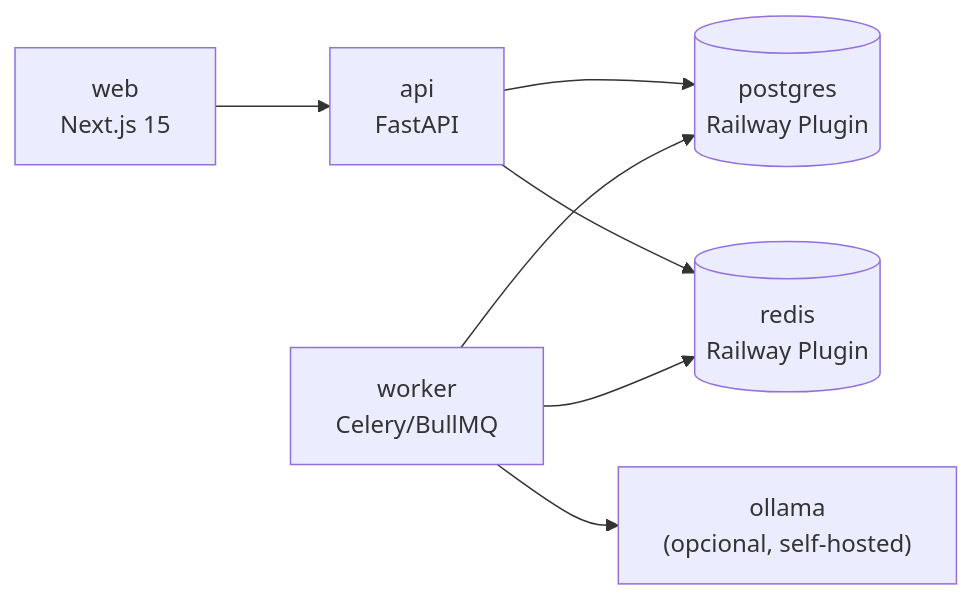
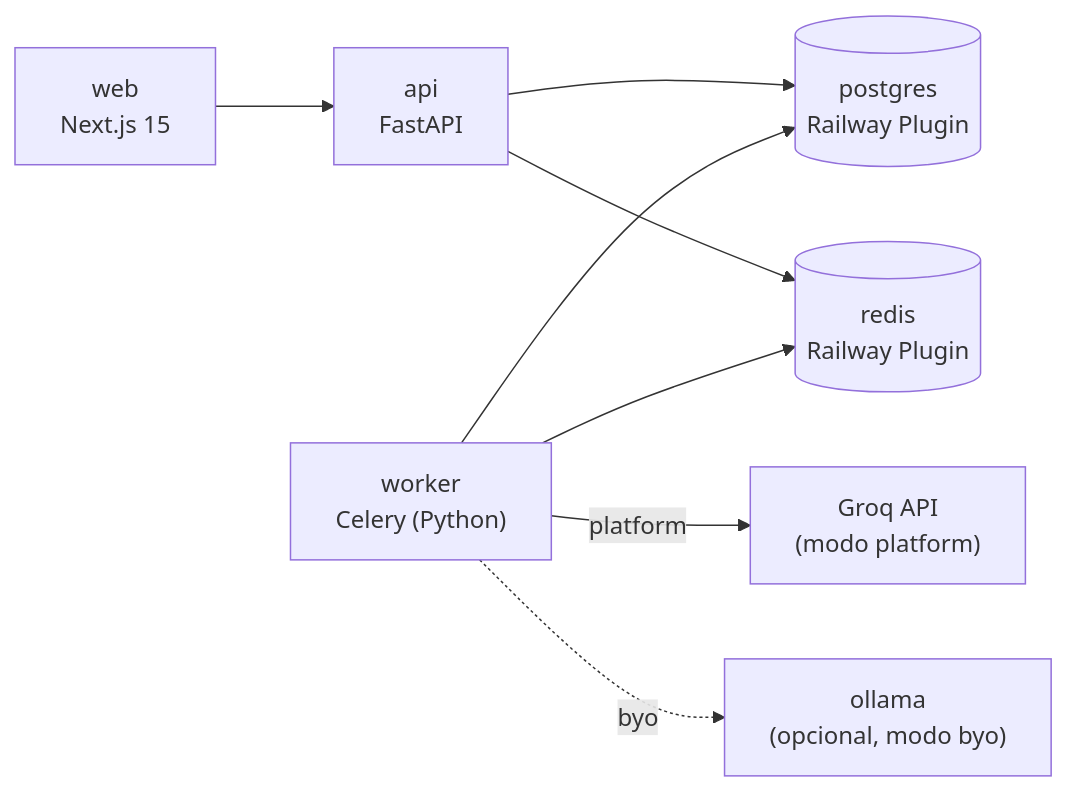
The diagram in docs/architecture/deployment-railway.md (xguilxr/pmo_aas), drawn with Mermaid before and after one commit. The commit also changed other lines of this file and 3 other files, not shown here.

First line of the commit message:
docs(arch): actualiza diagramas y agrega navigation.md

````diff
--- a/docs/architecture/deployment-railway.md
+++ b/docs/architecture/deployment-railway.md
@@ -11,16 +11,18 @@
 ```mermaid
 flowchart LR
     WEB["web<br/>Next.js 15"]
     API["api<br/>FastAPI"]
-    WORKER["worker<br/>Celery/BullMQ"]
+    WORKER["worker<br/>Celery (Python)"]
     DB[("postgres<br/>Railway Plugin")]
     REDIS[("redis<br/>Railway Plugin")]
-    OLLAMA["ollama<br/>(opcional, self-hosted)"]
+    GROQ["Groq API<br/>(modo platform)"]
+    OLLAMA["ollama<br/>(opcional, modo byo)"]
 
     WEB --> API
     API --> DB
     API --> REDIS
     WORKER --> DB
     WORKER --> REDIS
-    WORKER --> OLLAMA
+    WORKER -->|platform| GROQ
+    WORKER -.->|byo| OLLAMA
 ```
````
